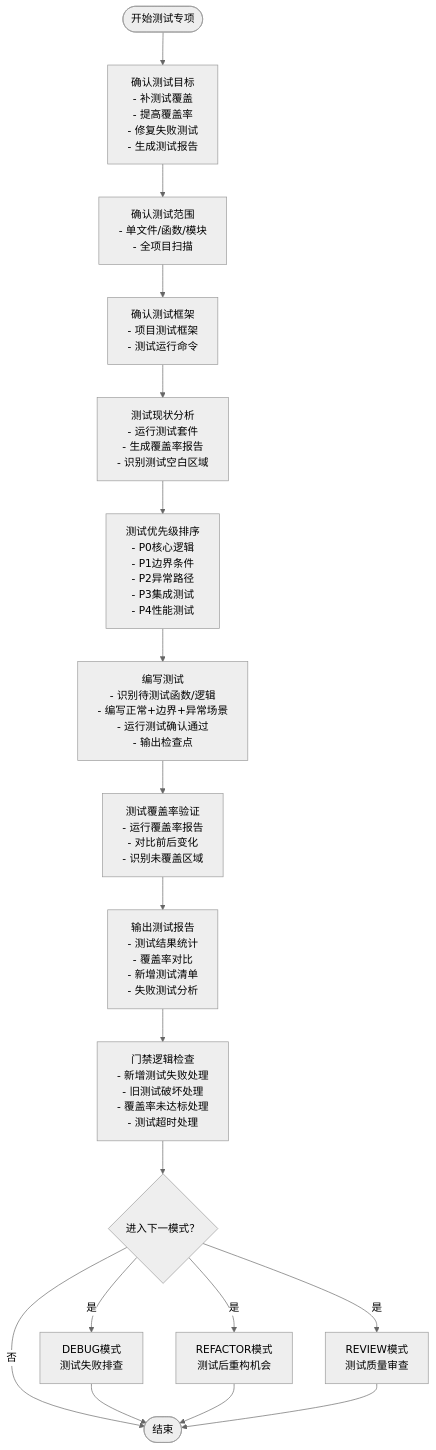
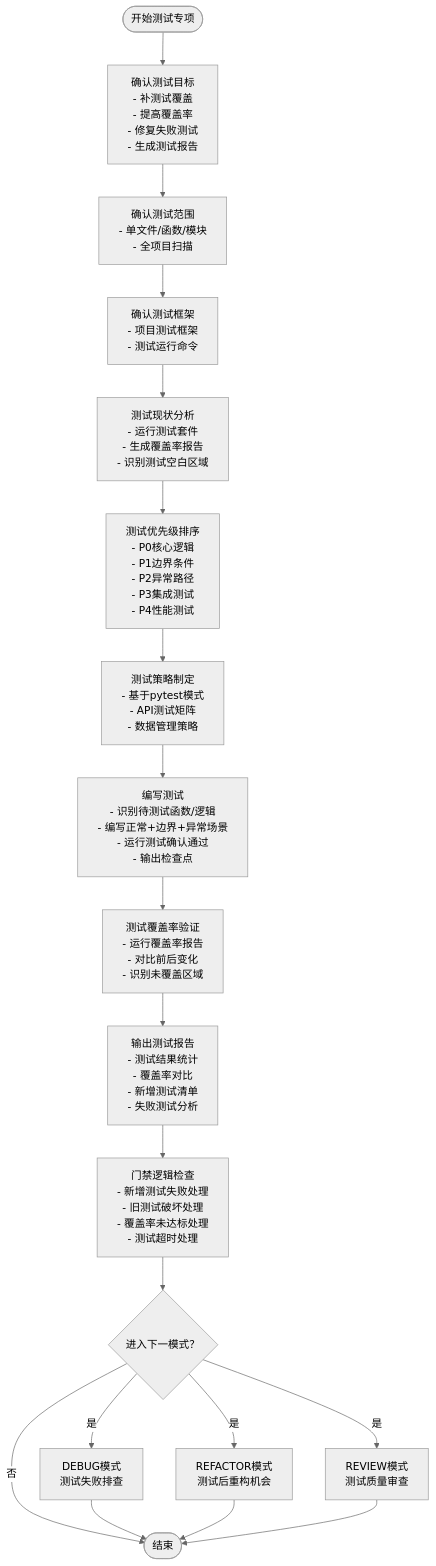
The second of 18 diagrams in .qoder/repowiki/zh/content/测试专项模式.md (AngelWings1997/altas), drawn with Mermaid (neutral theme) before and after one commit. The commit also changed other lines of this file and 25 other files, not shown here.

````diff
--- a/.qoder/repowiki/zh/content/测试专项模式.md
+++ b/.qoder/repowiki/zh/content/测试专项模式.md
@@ -97,20 +127,21 @@
 ```mermaid
 flowchart TD
 Start([开始测试专项]) --> Confirm["确认测试目标<br/>- 补测试覆盖<br/>- 提高覆盖率<br/>- 修复失败测试<br/>- 生成测试报告"]
 Confirm --> Scope["确认测试范围<br/>- 单文件/函数/模块<br/>- 全项目扫描"]
 Scope --> Framework["确认测试框架<br/>- 项目测试框架<br/>- 测试运行命令"]
 Framework --> Analysis["测试现状分析<br/>- 运行测试套件<br/>- 生成覆盖率报告<br/>- 识别测试空白区域"]
 Analysis --> Priority["测试优先级排序<br/>- P0核心逻辑<br/>- P1边界条件<br/>- P2异常路径<br/>- P3集成测试<br/>- P4性能测试"]
-Priority --> WriteTests["编写测试<br/>- 识别待测试函数/逻辑<br/>- 编写正常+边界+异常场景<br/>- 运行测试确认通过<br/>- 输出检查点"]
+Priority --> Strategy["测试策略制定<br/>- 基于pytest模式<br/>- API测试矩阵<br/>- 数据管理策略"]
+Strategy --> WriteTests["编写测试<br/>- 识别待测试函数/逻辑<br/>- 编写正常+边界+异常场景<br/>- 运行测试确认通过<br/>- 输出检查点"]
 WriteTests --> Coverage["测试覆盖率验证<br/>- 运行覆盖率报告<br/>- 对比前后变化<br/>- 识别未覆盖区域"]
 Coverage --> Report["输出测试报告<br/>- 测试结果统计<br/>- 覆盖率对比<br/>- 新增测试清单<br/>- 失败测试分析"]
 Report --> Gate["门禁逻辑检查<br/>- 新增测试失败处理<br/>- 旧测试破坏处理<br/>- 覆盖率未达标处理<br/>- 测试超时处理"]
 Gate --> NextMode{"进入下一模式？"}
 NextMode --> |是| Debug["DEBUG模式<br/>测试失败排查"]
 NextMode --> |是| Refactor["REFACTOR模式<br/>测试后重构机会"]
 NextMode --> |是| Review["REVIEW模式<br/>测试质量审查"]
 NextMode --> |否| End([结束])
 Debug --> End
 Refactor --> End
 Review --> End
 ```
````
